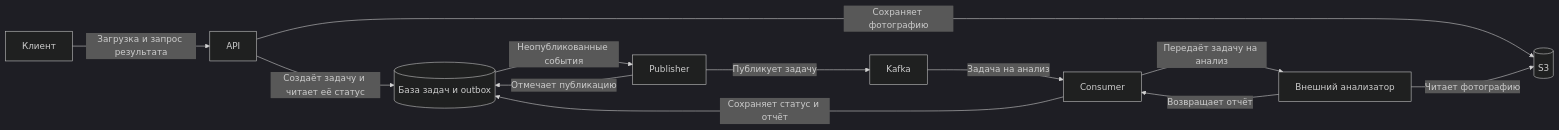
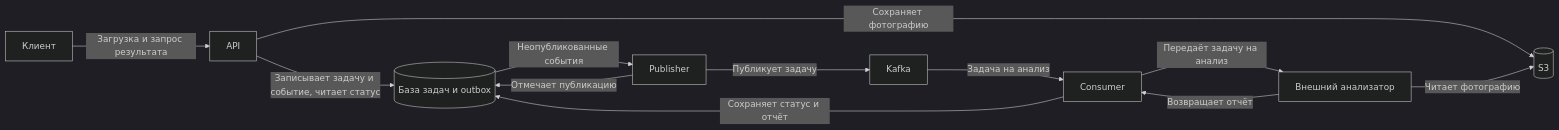
The diagram in docs/architecture.md (Ivan-Top-Pudge/ImageAnalyzerS3), drawn with Mermaid (dark theme) before and after one commit. The commit also changed other lines of this file and 1 other file, not shown here.

Commit message:
docs: define upload API contract and outbox schema

````diff
--- a/docs/architecture.md
+++ b/docs/architecture.md
@@ -5,14 +5,14 @@
 ```mermaid
 flowchart LR
     Client[Клиент] -->|Загрузка и запрос результата| API
     API -->|Сохраняет фотографию| S3[(S3)]
-    API -->|Создаёт задачу и читает её статус| DB[(База задач и outbox)]
+    API -->|Записывает задачу и событие, читает статус| DB[(База задач и outbox)]
     DB -->|Неопубликованные события| Publisher
     Publisher -->|Отмечает публикацию| DB
     Publisher -->|Публикует задачу| Kafka
     Kafka -->|Задача на анализ| Consumer
     Consumer -->|Передаёт задачу на анализ| Analyzer[Внешний анализатор]
     Analyzer -->|Читает фотографию| S3
     Analyzer -->|Возвращает отчёт| Consumer
     Consumer -->|Сохраняет статус и отчёт| DB
 ```
````
